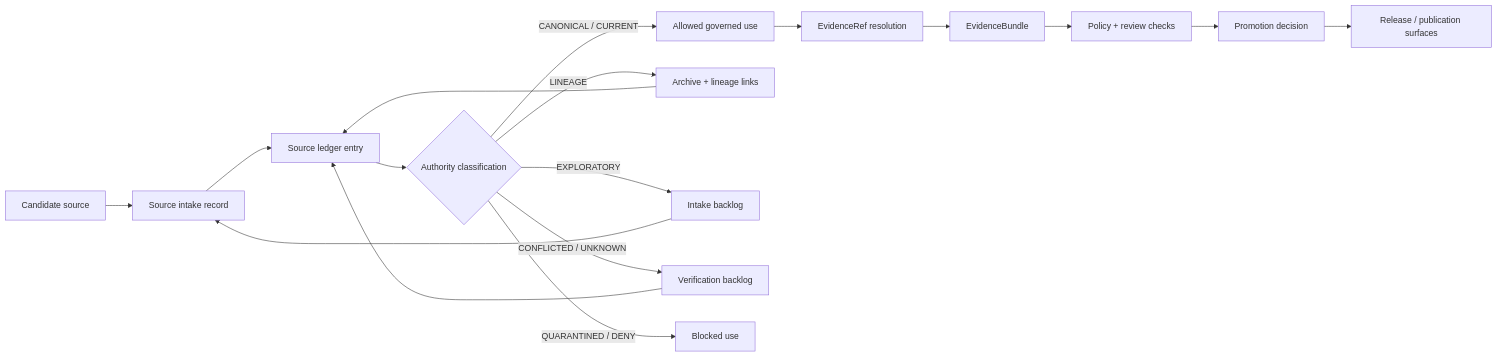
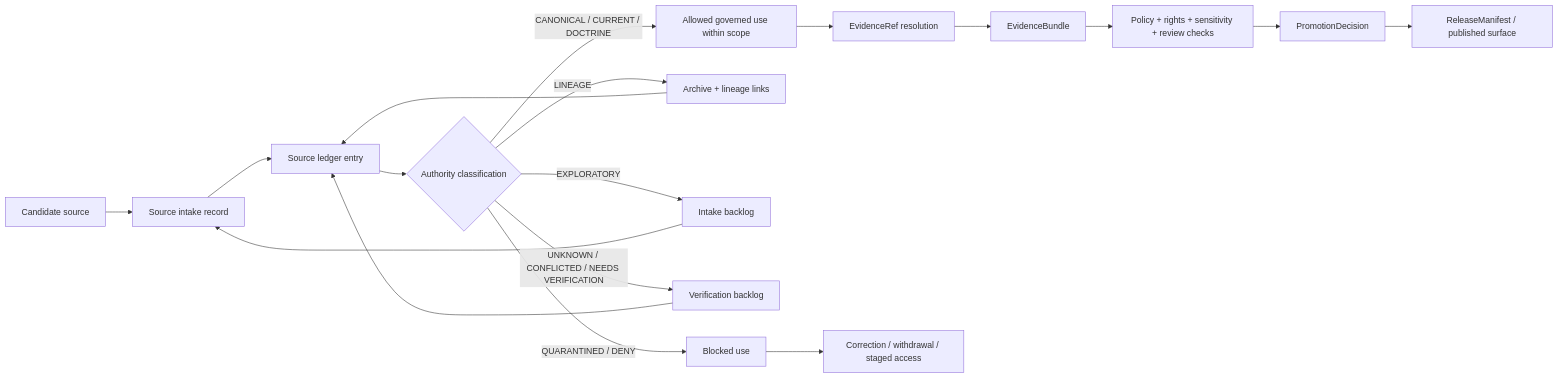
One commit to bartytime4life/Kansas-Frontier-Matrix changed the diagram in docs/adr/ADR-0003-source-ledger-authority.md. Above: the diagram before and after it, drawn with Mermaid. The commit also changed other lines of this file, not shown here.

````diff
--- a/docs/adr/ADR-0003-source-ledger-authority.md
+++ b/docs/adr/ADR-0003-source-ledger-authority.md
@@ -250,22 +372,23 @@
 ```mermaid
 flowchart LR
     A[Candidate source] --> B[Source intake record]
     B --> C[Source ledger entry]
     C --> D{Authority classification}
 
-    D -->|CANONICAL / CURRENT| E[Allowed governed use]
+    D -->|CANONICAL / CURRENT / DOCTRINE| E[Allowed governed use within scope]
     D -->|LINEAGE| F[Archive + lineage links]
     D -->|EXPLORATORY| G[Intake backlog]
-    D -->|CONFLICTED / UNKNOWN| H[Verification backlog]
+    D -->|UNKNOWN / CONFLICTED / NEEDS VERIFICATION| H[Verification backlog]
     D -->|QUARANTINED / DENY| I[Blocked use]
 
     E --> J[EvidenceRef resolution]
     J --> K[EvidenceBundle]
-    K --> L[Policy + review checks]
-    L --> M[Promotion decision]
-    M --> N[Release / publication surfaces]
+    K --> L[Policy + rights + sensitivity + review checks]
+    L --> M[PromotionDecision]
+    M --> N[ReleaseManifest / published surface]
 
     F --> C
     G --> B
     H --> C
+    I --> O[Correction / withdrawal / staged access]
 ```
````
